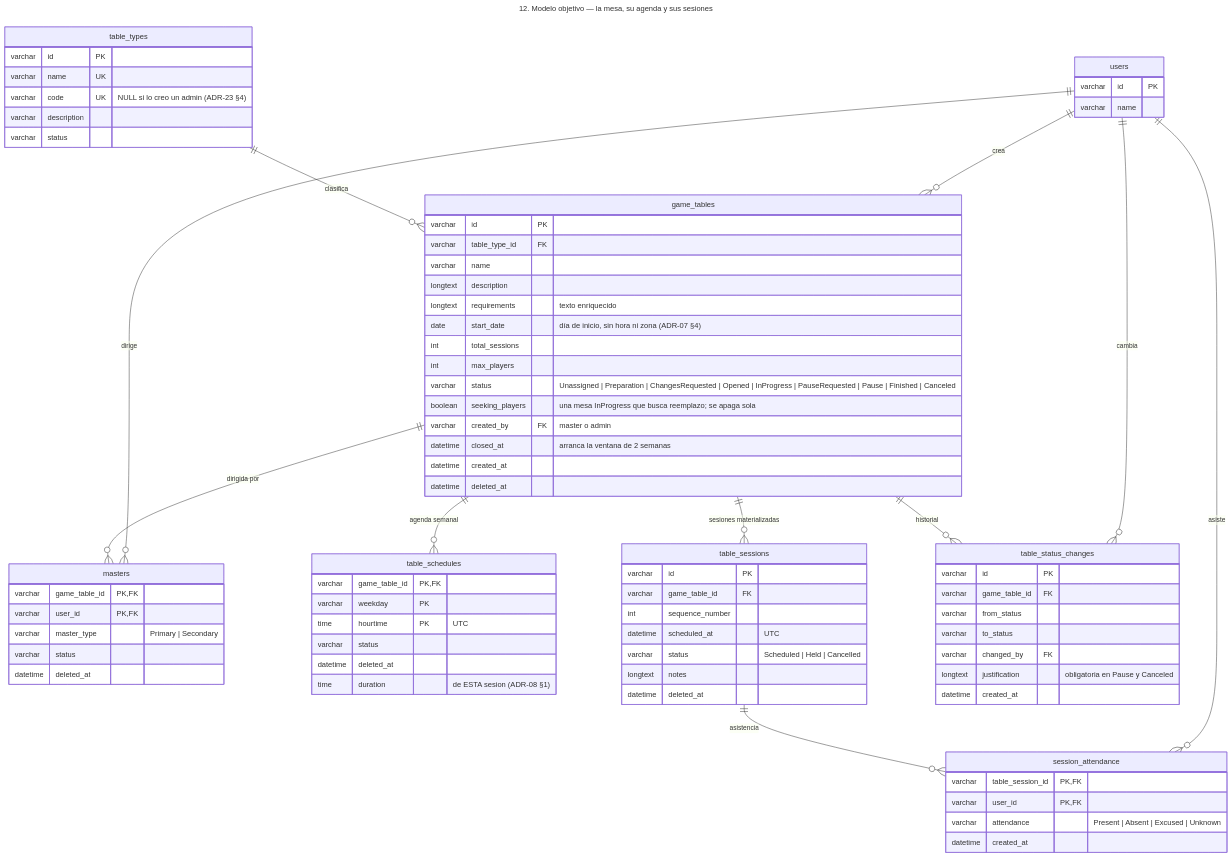
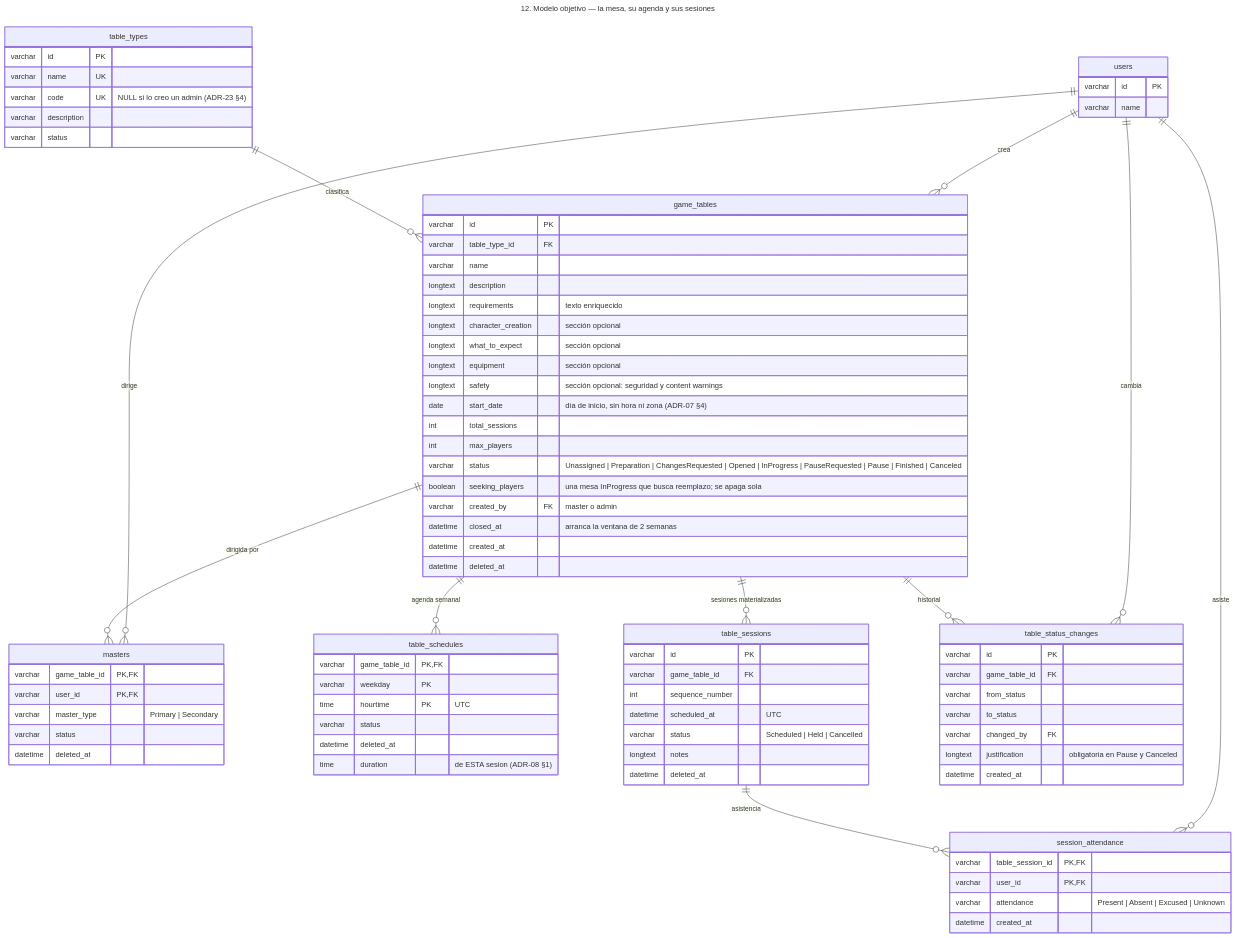
The diagram in docs/diagramas/12-objetivo-mesa.mmd (d4m14n257/CentralDungeon), drawn with Mermaid before and after one commit. The commit also changed 115 other files, not shown here.

```diff
--- a/docs/diagramas/12-objetivo-mesa.mmd
+++ b/docs/diagramas/12-objetivo-mesa.mmd
@@ -1,89 +1,93 @@
 ---
 title: "12. Modelo objetivo — la mesa, su agenda y sus sesiones"
 ---
 erDiagram
 
     table_types {
         varchar id PK
         varchar name UK
         varchar code UK "NULL si lo creo un admin (ADR-23 §4)"
         varchar description
         varchar status
     }
 
     game_tables {
         varchar id PK
         varchar table_type_id FK
         varchar name
         longtext description
         longtext requirements "texto enriquecido"
+        longtext character_creation "sección opcional"
+        longtext what_to_expect "sección opcional"
+        longtext equipment "sección opcional"
+        longtext safety "sección opcional: seguridad y content warnings"
         date start_date "día de inicio, sin hora ni zona (ADR-07 §4)"
         int total_sessions
         int max_players
         varchar status "Unassigned | Preparation | ChangesRequested | Opened | InProgress | PauseRequested | Pause | Finished | Canceled"
         boolean seeking_players "una mesa InProgress que busca reemplazo; se apaga sola"
         varchar created_by FK "master o admin"
         datetime closed_at "arranca la ventana de 2 semanas"
         datetime created_at
         datetime deleted_at
     }
 
     masters {
         varchar game_table_id PK,FK
         varchar user_id PK,FK
         varchar master_type "Primary | Secondary"
         varchar status
         datetime deleted_at
     }
 
     table_schedules {
         varchar game_table_id PK,FK
         varchar weekday PK
         time hourtime PK "UTC"
         varchar status
         datetime deleted_at
         time duration "de ESTA sesion (ADR-08 §1)"
     }
 
     table_sessions {
         varchar id PK
         varchar game_table_id FK
         int sequence_number
         datetime scheduled_at "UTC"
         varchar status "Scheduled | Held | Cancelled"
         longtext notes
         datetime deleted_at
     }
 
     session_attendance {
         varchar table_session_id PK,FK
         varchar user_id PK,FK
         varchar attendance "Present | Absent | Excused | Unknown"
         datetime created_at
     }
 
     table_status_changes {
         varchar id PK
         varchar game_table_id FK
         varchar from_status
         varchar to_status
         varchar changed_by FK
         longtext justification "obligatoria en Pause y Canceled"
         datetime created_at
     }
 
     users {
         varchar id PK
         varchar name
     }
 
     table_types    ||--o{ game_tables          : "clasifica"
     game_tables    ||--o{ masters              : "dirigida por"
     users          ||--o{ masters              : "dirige"
     game_tables    ||--o{ table_schedules      : "agenda semanal"
     game_tables    ||--o{ table_sessions       : "sesiones materializadas"
     table_sessions ||--o{ session_attendance   : "asistencia"
     users          ||--o{ session_attendance   : "asiste"
     game_tables    ||--o{ table_status_changes : "historial"
     users          ||--o{ table_status_changes : "cambia"
     users          ||--o{ game_tables          : "crea"
```
